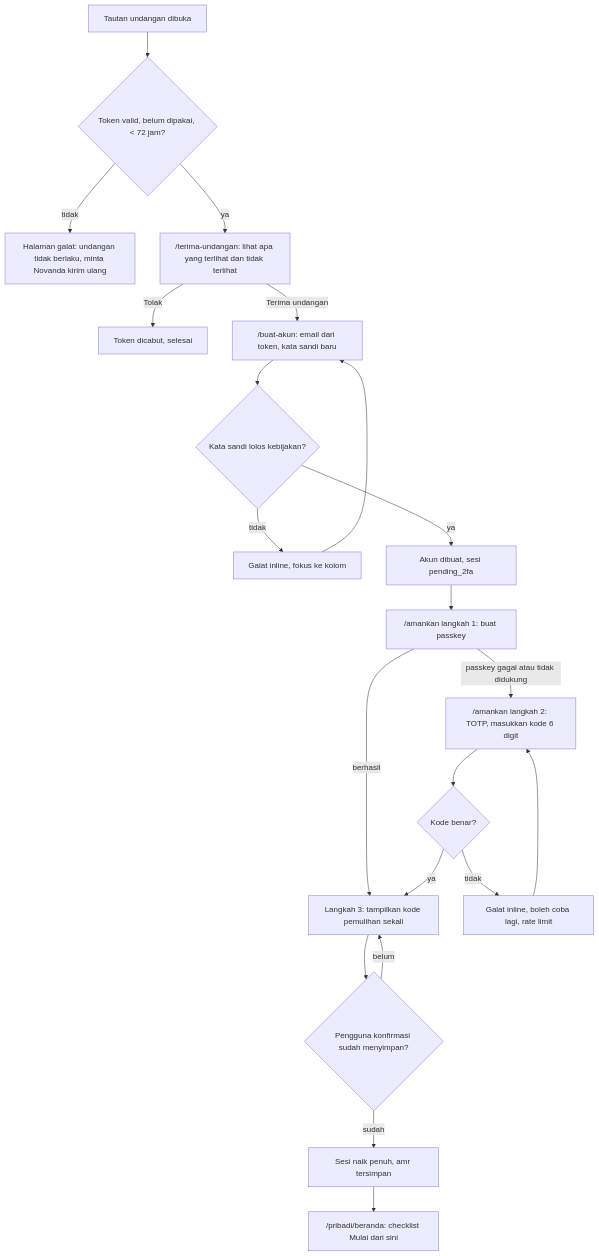
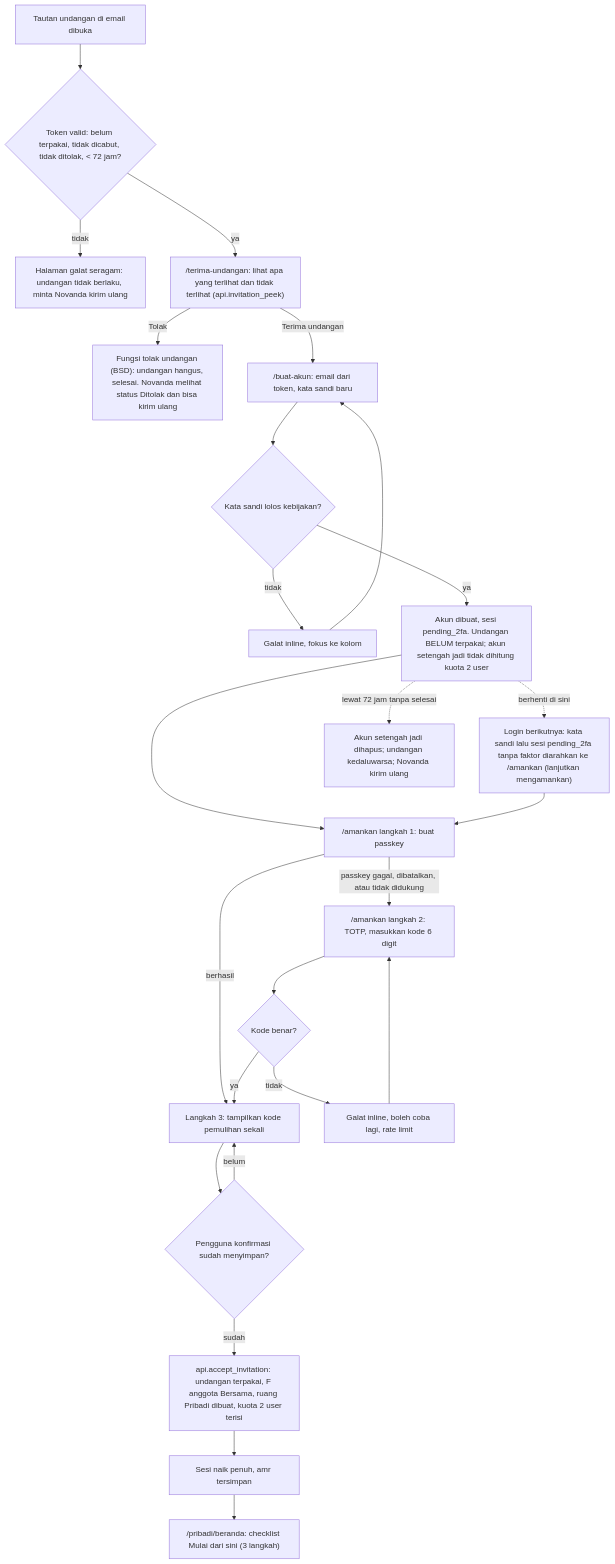
The first of 10 diagrams in docs/product/AFD.md (novandafadly/dompetku-v2), drawn with Mermaid before and after one commit. The commit also changed other lines of this file and 5 other files, not shown here.

````diff
--- a/docs/product/AFD.md
+++ b/docs/product/AFD.md
@@ -10,23 +20,27 @@
 ```mermaid
 flowchart TD
-  A["Tautan undangan dibuka"] --> B{"Token valid, belum dipakai, < 72 jam?"}
-  B -- "tidak" --> B1["Halaman galat: undangan tidak berlaku, minta Novanda kirim ulang"]
-  B -- "ya" --> C["/terima-undangan: lihat apa yang terlihat dan tidak terlihat"]
-  C -- "Tolak" --> C1["Token dicabut, selesai"]
+  A["Tautan undangan di email dibuka"] --> B{"Token valid: belum terpakai, tidak dicabut, tidak ditolak, < 72 jam?"}
+  B -- "tidak" --> B1["Halaman galat seragam: undangan tidak berlaku, minta Novanda kirim ulang"]
+  B -- "ya" --> C["/terima-undangan: lihat apa yang terlihat dan tidak terlihat (api.invitation_peek)"]
+  C -- "Tolak" --> C1["Fungsi tolak undangan (BSD): undangan hangus, selesai. Novanda melihat status Ditolak dan bisa kirim ulang"]
   C -- "Terima undangan" --> D["/buat-akun: email dari token, kata sandi baru"]
   D --> D1{"Kata sandi lolos kebijakan?"}
   D1 -- "tidak" --> D2["Galat inline, fokus ke kolom"]
   D2 --> D
-  D1 -- "ya" --> E["Akun dibuat, sesi pending_2fa"]
+  D1 -- "ya" --> E["Akun dibuat, sesi pending_2fa. Undangan BELUM terpakai; akun setengah jadi tidak dihitung kuota 2 user"]
   E --> F["/amankan langkah 1: buat passkey"]
-  F -- "passkey gagal atau tidak didukung" --> G
+  F -- "passkey gagal, dibatalkan, atau tidak didukung" --> G
   F -- "berhasil" --> H
   G["/amankan langkah 2: TOTP, masukkan kode 6 digit"] --> G1{"Kode benar?"}
   G1 -- "tidak" --> G2["Galat inline, boleh coba lagi, rate limit"]
   G2 --> G
   G1 -- "ya" --> H["Langkah 3: tampilkan kode pemulihan sekali"]
   H --> H1{"Pengguna konfirmasi sudah menyimpan?"}
   H1 -- "belum" --> H
-  H1 -- "sudah" --> I["Sesi naik penuh, amr tersimpan"]
-  I --> J["/pribadi/beranda: checklist Mulai dari sini"]
+  H1 -- "sudah" --> H2["api.accept_invitation: undangan terpakai, F anggota Bersama, ruang Pribadi dibuat, kuota 2 user terisi"]
+  H2 --> I["Sesi naik penuh, amr tersimpan"]
+  I --> J["/pribadi/beranda: checklist Mulai dari sini (3 langkah)"]
+  E -. "berhenti di sini" .-> K["Login berikutnya: kata sandi lalu sesi pending_2fa tanpa faktor diarahkan ke /amankan (lanjutkan mengamankan)"]
+  K --> F
+  E -. "lewat 72 jam tanpa selesai" .-> L["Akun setengah jadi dihapus; undangan kedaluwarsa; Novanda kirim ulang"]
 ```
````
